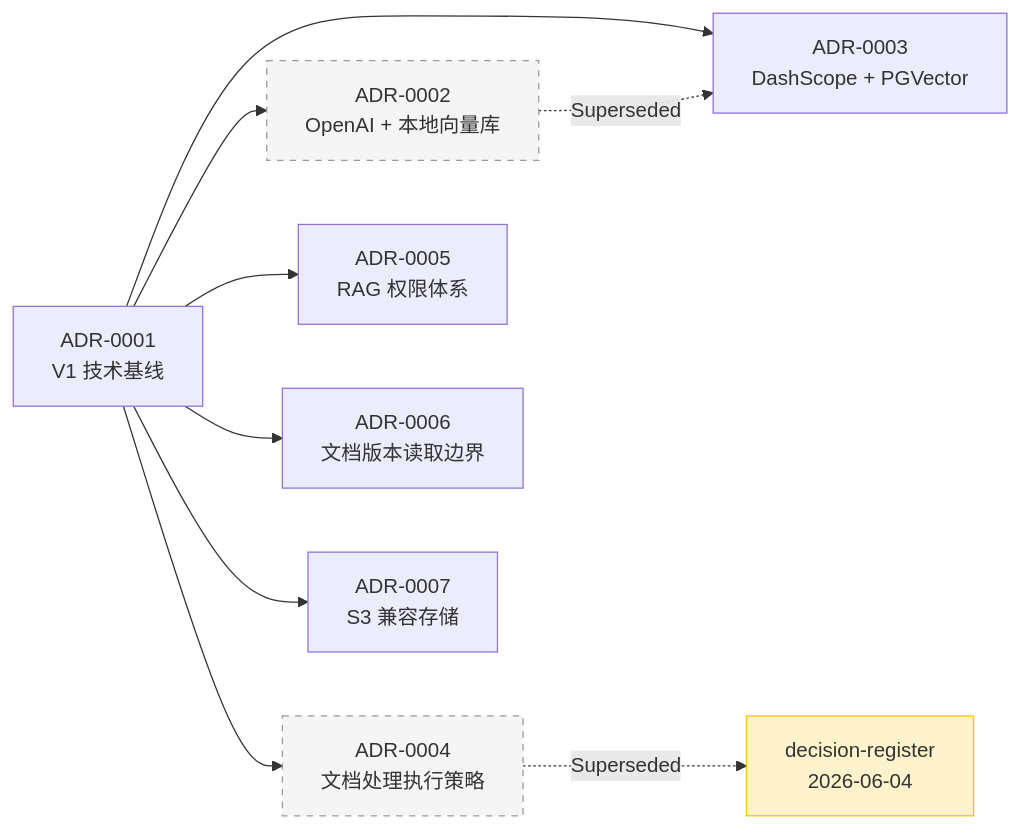
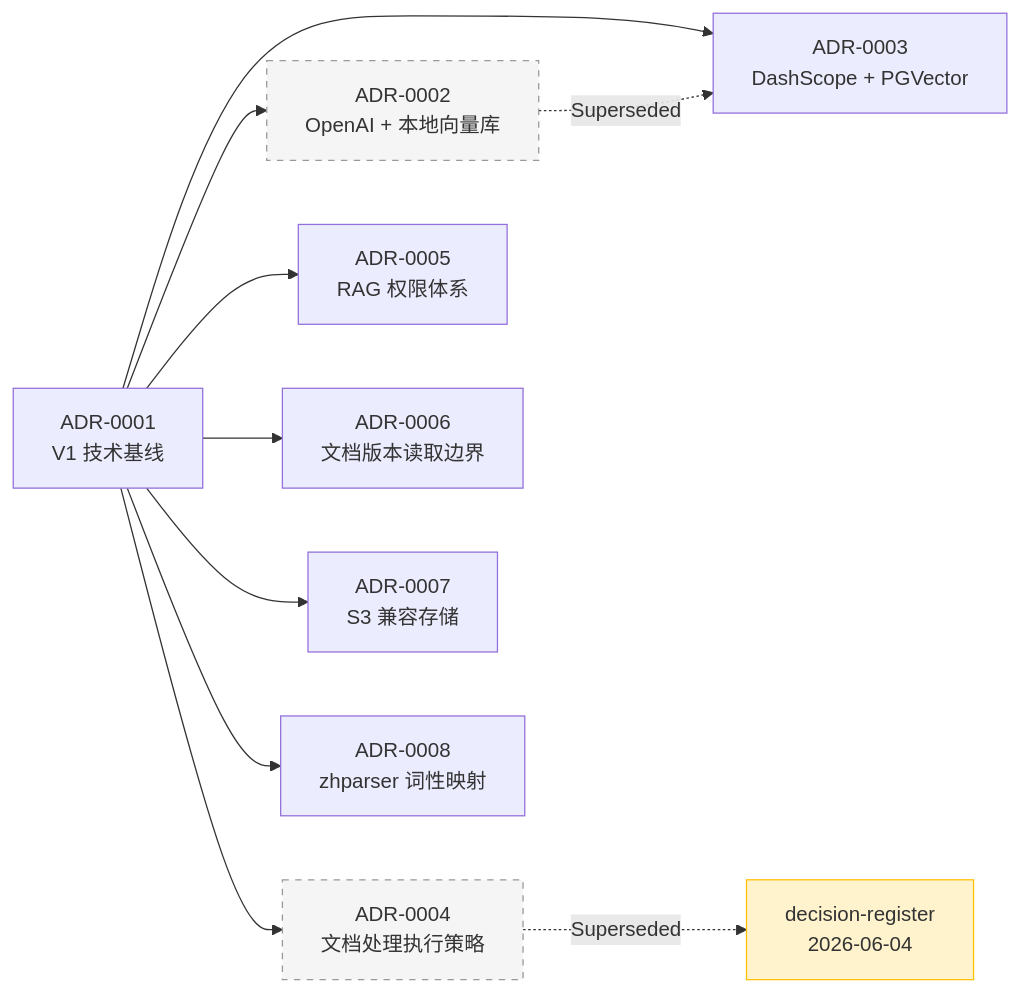
One commit to pop1414/my-AI changed the diagram in docs/adr/index.md. Above: the diagram before and after it, drawn with Mermaid. The commit also changed other lines of this file and 4 other files, not shown here.

First line of the commit message:
@ docs(qa): ADR-0008 zhparser 词性映射 + RAG 检索评测指南

````diff
--- a/docs/adr/index.md
+++ b/docs/adr/index.md
@@ -8,15 +8,16 @@
 ```mermaid
 graph LR
     A[ADR-0001<br/>V1 技术基线] --> B[ADR-0002<br/>OpenAI + 本地向量库]
     A --> C[ADR-0003<br/>DashScope + PGVector]
     B -.->|Superseded| C
     A --> D[ADR-0004<br/>文档处理执行策略]
     D -.->|Superseded| EXT[decision-register<br/>2026-06-04]
     A --> E[ADR-0005<br/>RAG 权限体系]
     A --> F[ADR-0006<br/>文档版本读取边界]
     A --> G[ADR-0007<br/>S3 兼容存储]
+    A --> H[ADR-0008<br/>zhparser 词性映射]
 
     style B fill:#f5f5f5,stroke:#999,stroke-dasharray: 5 5
     style D fill:#f5f5f5,stroke:#999,stroke-dasharray: 5 5
     style EXT fill:#fff3cd,stroke:#ffc107
 ```
````
